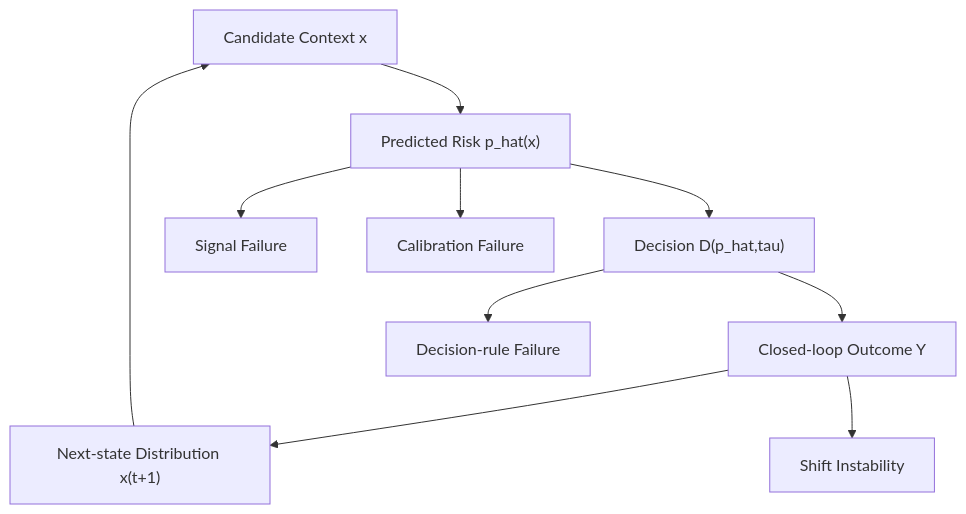
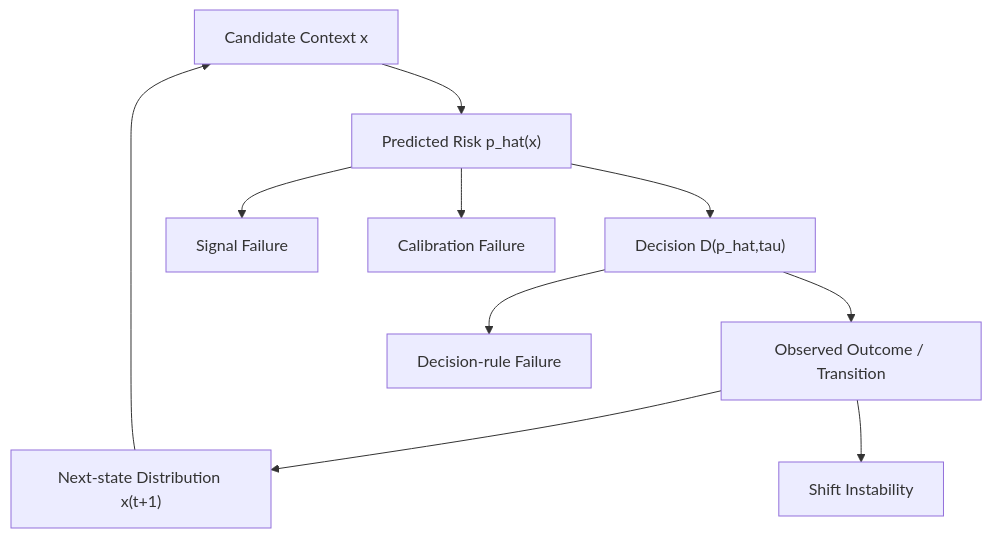
One commit to achyutmorang/thesis-research-colab changed the diagram in experiments/risk-uq-suite/lit_survey.md. Above: the diagram before and after it, drawn with Mermaid. The commit also changed other lines of this file, not shown here.

````diff
--- a/experiments/risk-uq-suite/lit_survey.md
+++ b/experiments/risk-uq-suite/lit_survey.md
@@ -362,13 +365,13 @@
 ```mermaid
 flowchart TD
     A["Candidate Context x"] --> B["Predicted Risk p_hat(x)"]
     B --> C["Decision D(p_hat,tau)"]
-    C --> D["Closed-loop Outcome Y"]
+    C --> D["Observed Outcome / Transition"]
     D --> I["Next-state Distribution x(t+1)"]
     I --> A
 
     B --> E["Signal Failure"]
     B --> F["Calibration Failure"]
     C --> G["Decision-rule Failure"]
     D --> H["Shift Instability"]
 ```
````
